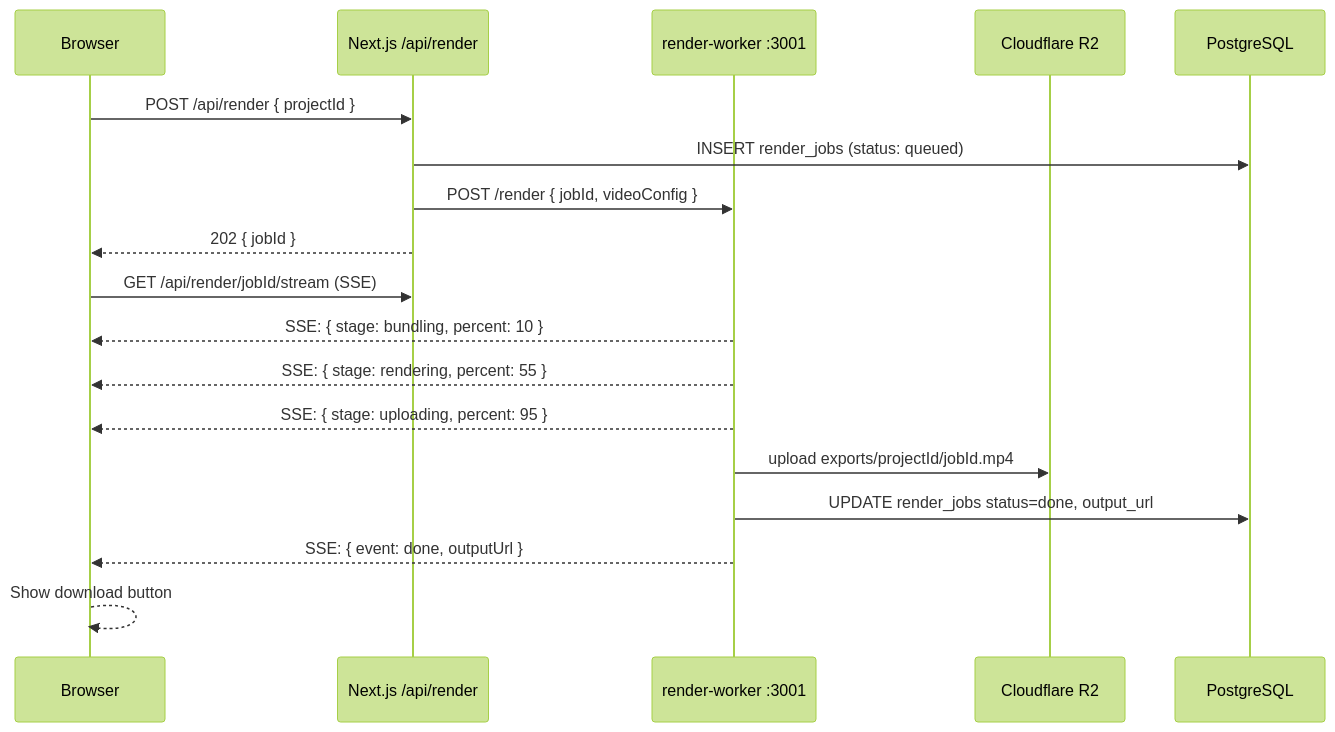
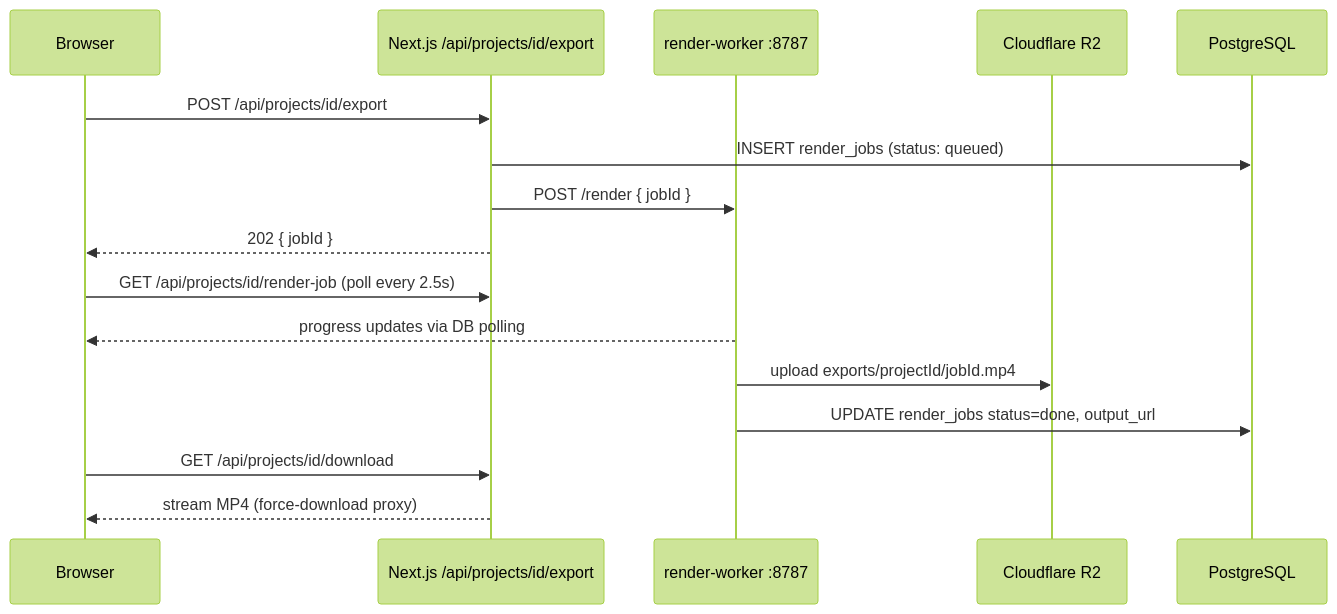
Before and after one commit to lokeswaran-aj/opencut: the third of 6 diagrams in docs/architecture.md, drawn with Mermaid (forest theme). The commit also changed other lines of this file and 31 other files, not shown here.

````diff
--- a/docs/architecture.md
+++ b/docs/architecture.md
@@ -138,21 +183,19 @@
 ```mermaid
 sequenceDiagram
     participant B as Browser
-    participant N as Next.js /api/render
-    participant W as render-worker :3001
+    participant N as Next.js /api/projects/id/export
+    participant W as render-worker :8787
     participant R2 as Cloudflare R2
     participant PG as PostgreSQL
 
-    B->>N: POST /api/render { projectId }
+    B->>N: POST /api/projects/id/export
     N->>PG: INSERT render_jobs (status: queued)
-    N->>W: POST /render { jobId, videoConfig }
+    N->>W: POST /render { jobId }
     N-->>B: 202 { jobId }
-    B->>N: GET /api/render/jobId/stream (SSE)
-    W-->>B: SSE: { stage: bundling, percent: 10 }
-    W-->>B: SSE: { stage: rendering, percent: 55 }
-    W-->>B: SSE: { stage: uploading, percent: 95 }
+    B->>N: GET /api/projects/id/render-job (poll every 2.5s)
+    W-->>B: progress updates via DB polling
     W->>R2: upload exports/projectId/jobId.mp4
     W->>PG: UPDATE render_jobs status=done, output_url
-    W-->>B: SSE: { event: done, outputUrl }
-    B-->>B: Show download button
+    B->>N: GET /api/projects/id/download
+    N-->>B: stream MP4 (force-download proxy)
 ```
````
